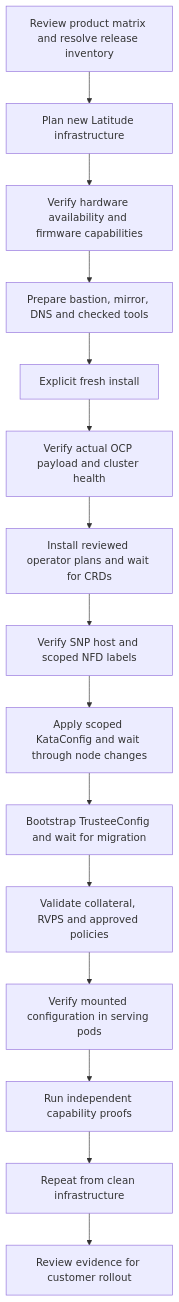
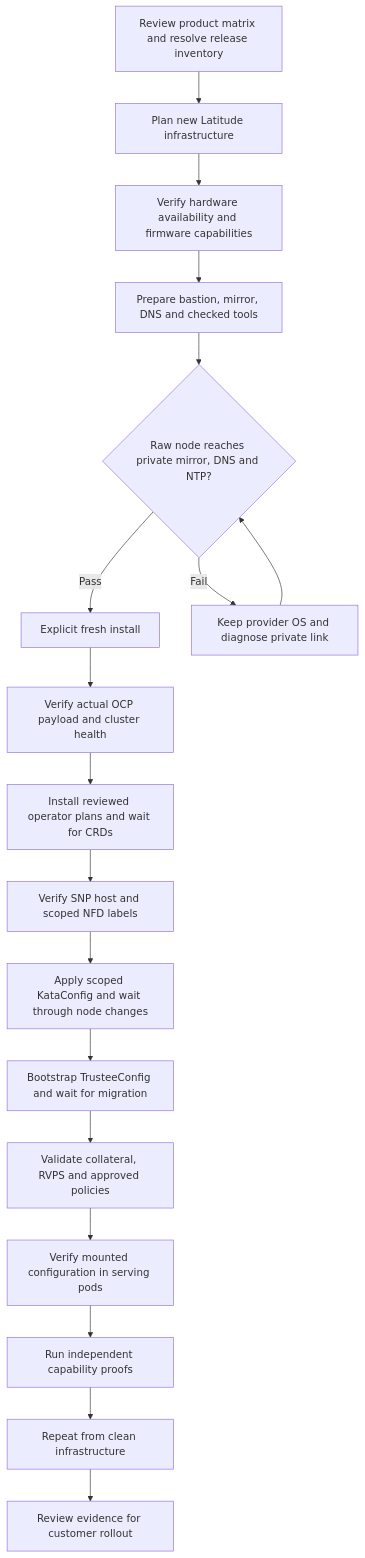
Before and after one commit to shpwrck/openshift-confidential-containers: the second of 3 diagrams in docs/architecture.md, drawn with Mermaid. The commit also changed other lines of this file and 4 other files, not shown here.

````diff
--- a/docs/architecture.md
+++ b/docs/architecture.md
@@ -46,17 +46,20 @@
 ```mermaid
 flowchart TD
   BOM[Review product matrix and resolve release inventory] --> Plan[Plan new Latitude infrastructure]
   Plan --> Hardware[Verify hardware availability and firmware capabilities]
   Hardware --> Prepare[Prepare bastion, mirror, DNS and checked tools]
-  Prepare --> Fresh[Explicit fresh install]
+  Prepare --> Private{Raw node reaches private mirror, DNS and NTP?}
+  Private -->|Pass| Fresh[Explicit fresh install]
+  Private -->|Fail| Network[Keep provider OS and diagnose private link]
+  Network --> Private
   Fresh --> OCP[Verify actual OCP payload and cluster health]
   OCP --> Operators[Install reviewed operator plans and wait for CRDs]
   Operators --> SNP[Verify SNP host and scoped NFD labels]
   SNP --> Kata[Apply scoped KataConfig and wait through node changes]
   Kata --> Trustee[Bootstrap TrusteeConfig and wait for migration]
   Trustee --> Policy[Validate collateral, RVPS and approved policies]
   Policy --> Serving[Verify mounted configuration in serving pods]
   Serving --> Proof[Run independent capability proofs]
   Proof --> Repeat[Repeat from clean infrastructure]
   Repeat --> Customer[Review evidence for customer rollout]
 ```
````
